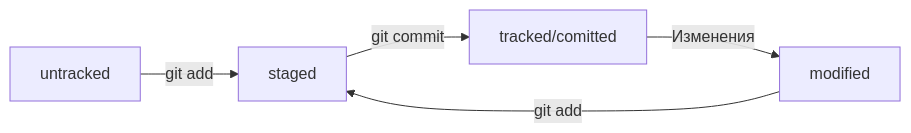
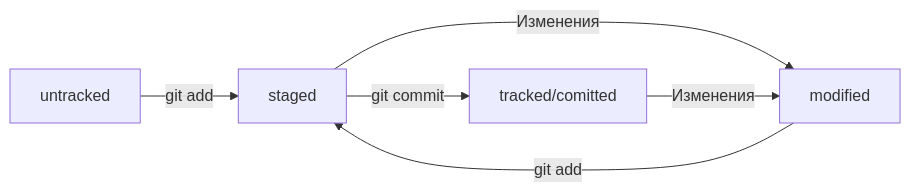
One commit to s1lenter/ProjectHelper changed the diagram in README.md. Above: the diagram before and after it, drawn with Mermaid.

Commit message:
Добавить еще одну связь между звеньями

````diff
--- a/README.md
+++ b/README.md
@@ -102,6 +102,7 @@
 ```mermaid
 graph LR;
   untracked -- "git add" --> staged;
   modified -- "git add" --> staged;
+  staged -- "Изменения" --> modified;
   staged    -- "git commit"     --> tracked/comitted -- "Изменения" --> modified;
 ```
````
